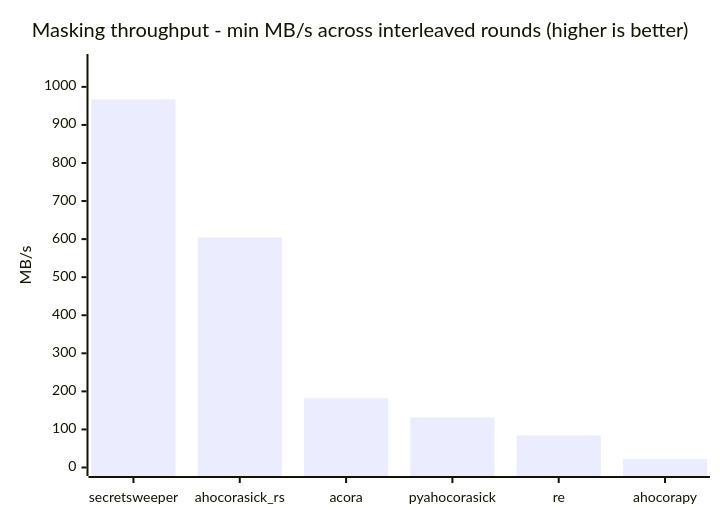
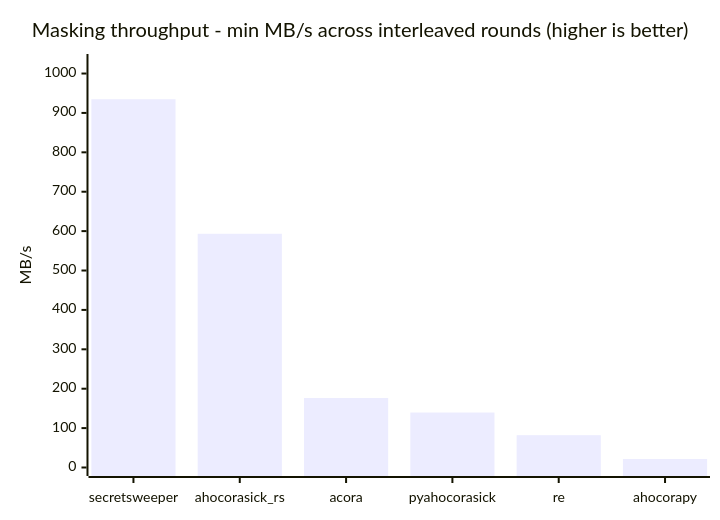
Before and after one commit to recipe/secretsweeper: the diagram in benchmarks/RESULTS.md, drawn with Mermaid. The commit also changed other lines of this file and 3 other files, not shown here.

````diff
--- a/benchmarks/RESULTS.md
+++ b/benchmarks/RESULTS.md
@@ -31,7 +31,7 @@
 ```mermaid
 xychart-beta
     title "Masking throughput - min MB/s across interleaved rounds (higher is better)"
     x-axis ["secretsweeper", "ahocorasick_rs", "acora", "pyahocorasick", "re", "ahocorapy"]
-    y-axis "MB/s" 0 --> 1064
-    bar [966.9, 604.8, 182.0, 131.5, 84.2, 22.2]
+    y-axis "MB/s" 0 --> 1028
+    bar [934.8, 593.3, 176.3, 139.6, 82.0, 21.6]
 ```
````
